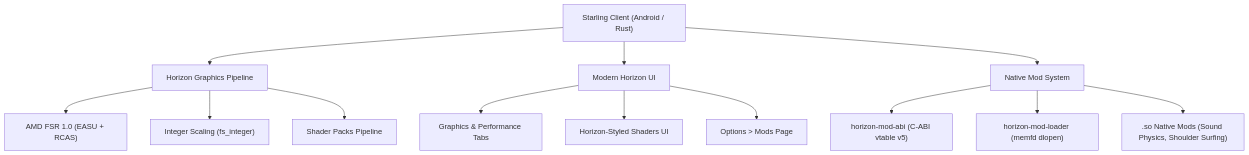
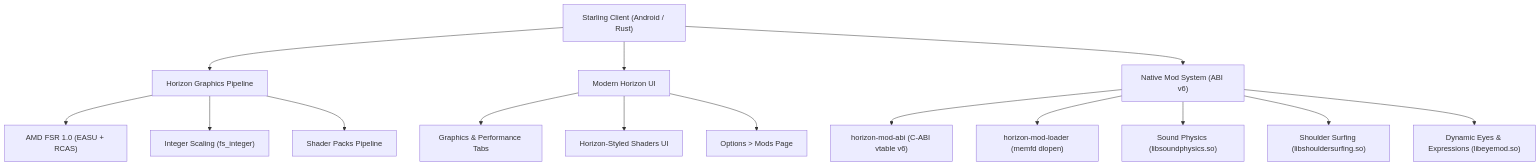
Before and after one commit to beyondbday69/starling: the diagram in project.md, drawn with Mermaid. The commit also changed other lines of this file, not shown here.

Commit message:
docs: update project.md with smooth animations, resizable eye scales and shock expressions

````diff
--- a/project.md
+++ b/project.md
@@ -14,18 +15,20 @@
 ```mermaid
 graph TD
     A["Starling Client (Android / Rust)"] --> B["Horizon Graphics Pipeline"]
     A --> C["Modern Horizon UI"]
-    A --> D["Native Mod System"]
+    A --> D["Native Mod System (ABI v6)"]
     
     B --> B1["AMD FSR 1.0 (EASU + RCAS)"]
     B --> B2["Integer Scaling (fs_integer)"]
     B --> B3["Shader Packs Pipeline"]
     
     C --> C1["Graphics & Performance Tabs"]
     C --> C2["Horizon-Styled Shaders UI"]
     C --> C3["Options > Mods Page"]
     
-    D --> D1["horizon-mod-abi (C-ABI vtable v5)"]
+    D --> D1["horizon-mod-abi (C-ABI vtable v6)"]
     D --> D2["horizon-mod-loader (memfd dlopen)"]
-    D --> D3[".so Native Mods (Sound Physics, Shoulder Surfing)"]
+    D --> D3["Sound Physics (libsoundphysics.so)"]
+    D --> D4["Shoulder Surfing (libshouldersurfing.so)"]
+    D --> D5["Dynamic Eyes & Expressions (libeyemod.so)"]
 ```
````
